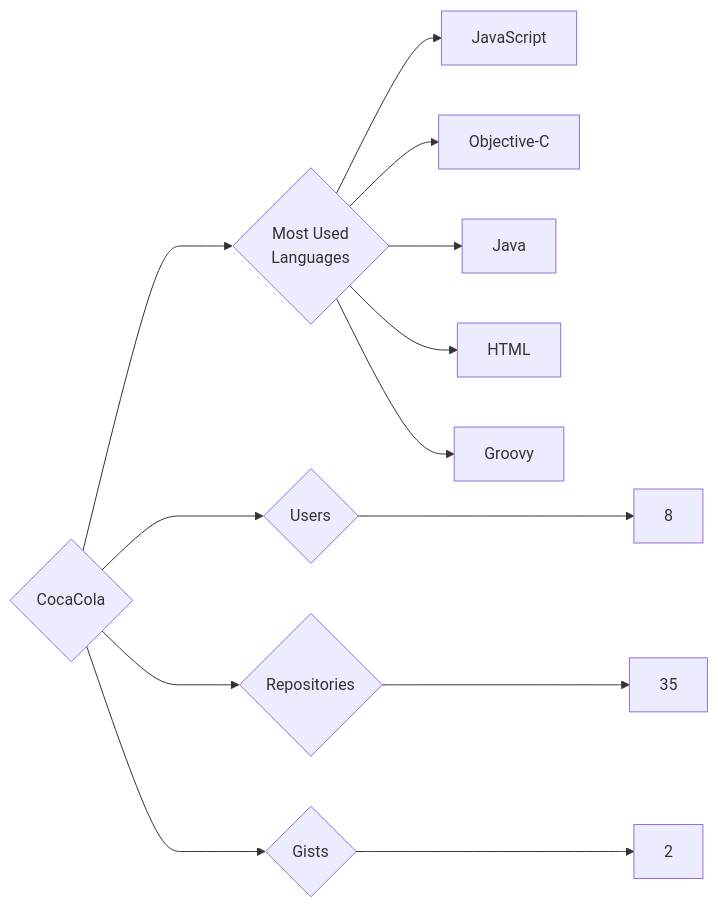
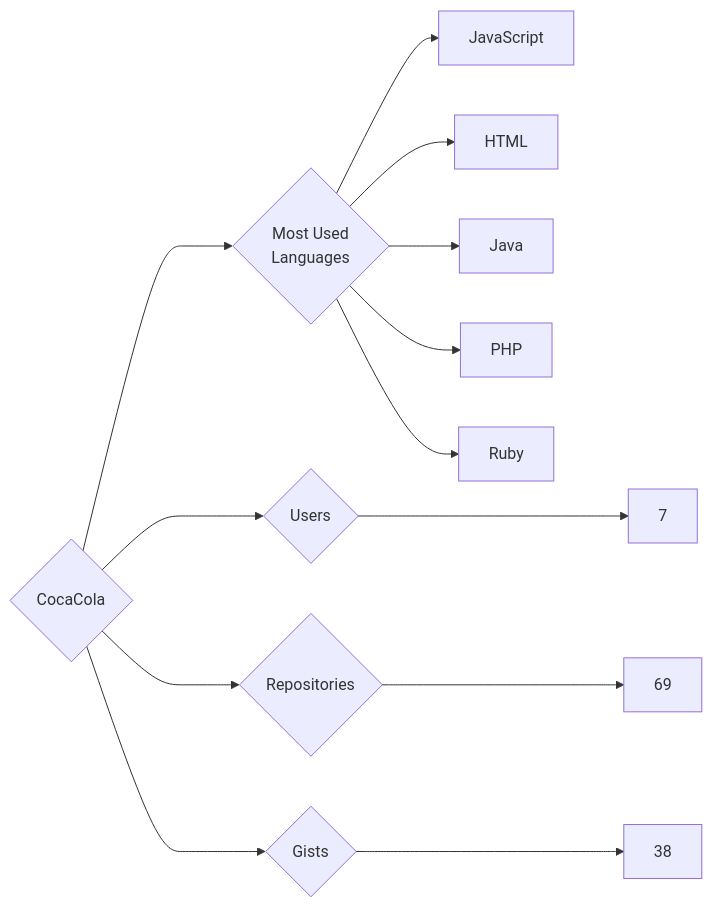
One commit to trickest/insiders changed the diagram in targets/CocaCola/README.md. Above: the diagram before and after it, drawn with Mermaid. The commit also changed 752 other files, not shown here.

````diff
--- a/targets/CocaCola/README.md
+++ b/targets/CocaCola/README.md
@@ -3,13 +3,13 @@
 ```mermaid
 graph LR
 COMPANY_NAME{CocaCola}
-COMPANY_NAME ---> U{Users} ---> UN[8]
-COMPANY_NAME ---> R{Repositories} ---> RN[35]
-COMPANY_NAME ---> G{Gists} ---> GN[2]
+COMPANY_NAME ---> U{Users} ---> UN[7]
+COMPANY_NAME ---> R{Repositories} ---> RN[69]
+COMPANY_NAME ---> G{Gists} ---> GN[38]
 COMPANY_NAME ---> ML{Most Used<br>Languages}
 ML --> JavaScript[JavaScript]
-ML --> Objective-C[Objective-C]
+ML --> HTML[HTML]
 ML --> Java[Java]
-ML --> HTML[HTML]
-ML --> Groovy[Groovy]
+ML --> PHP[PHP]
+ML --> Ruby[Ruby]
 ```
````
